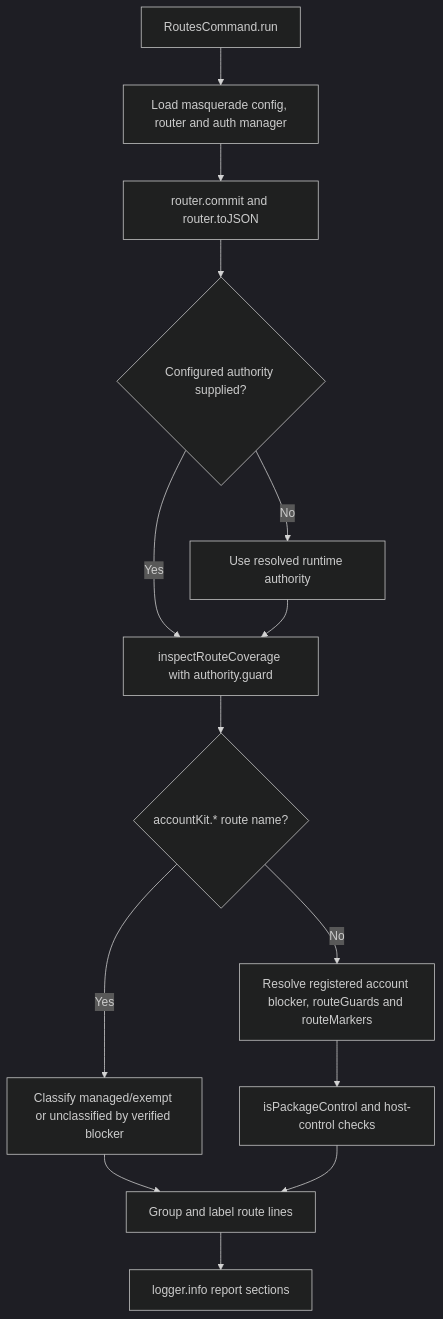
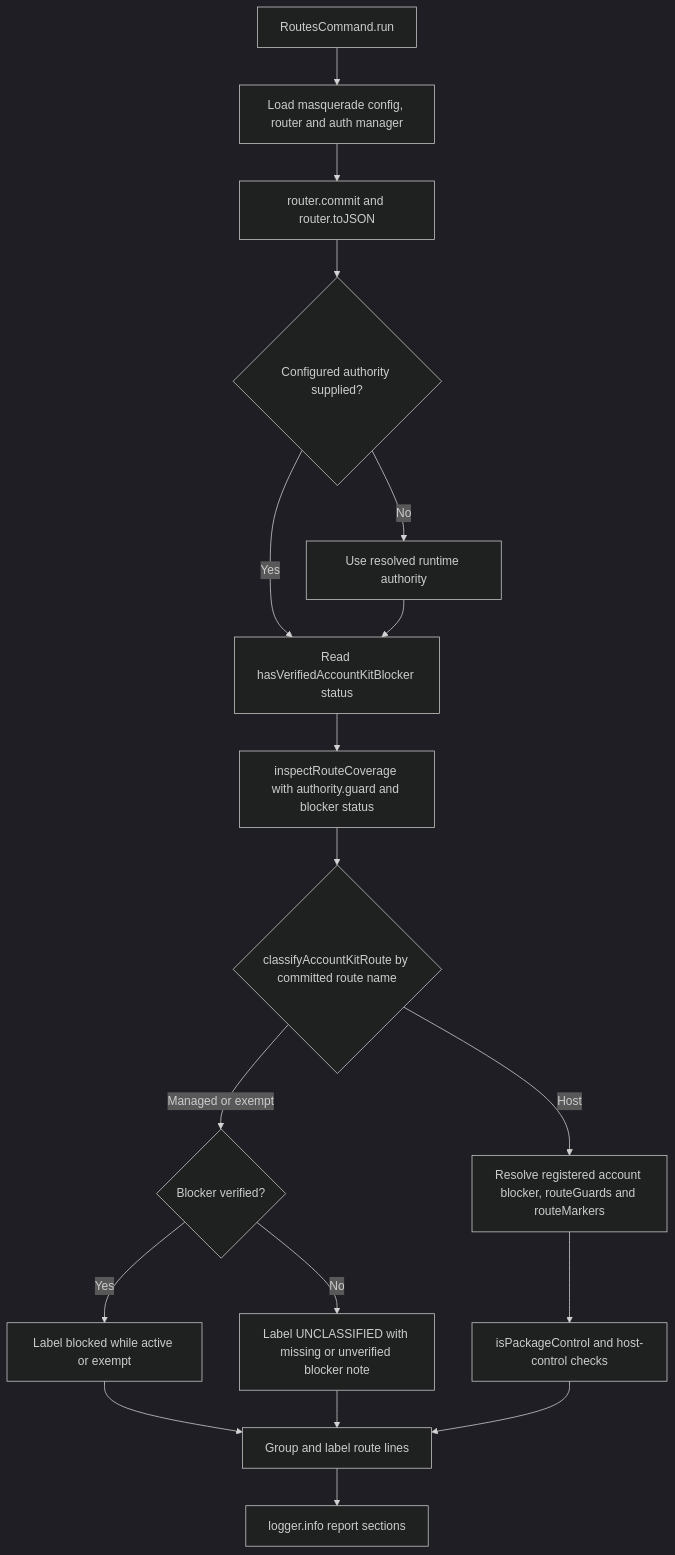
One commit to Kevinjohn/oss-adonisjs-masquerade changed the second of 2 diagrams in user-stories/review-routes/us-ops-02-review-routes.md. Above: the diagram before and after it, drawn with Mermaid (dark theme). The commit also changed other lines of this file and 5 other files, not shown here.

Commit message:
Share Account Kit managed route classification

````diff
--- a/user-stories/review-routes/us-ops-02-review-routes.md
+++ b/user-stories/review-routes/us-ops-02-review-routes.md
@@ -33,16 +34,20 @@
 ```mermaid
 flowchart TD
     A["RoutesCommand.run"] --> B["Load masquerade config, router and auth manager"]
     B --> C["router.commit and router.toJSON"]
     C --> A2{"Configured authority supplied?"}
-    A2 -->|Yes| D["inspectRouteCoverage with authority.guard"]
+    A2 -->|Yes| S["Read hasVerifiedAccountKitBlocker status"]
     A2 -->|No| R["Use resolved runtime authority"]
-    R --> D
-    D --> Q{"accountKit.* route name?"}
-    Q -->|Yes| X["Classify managed/exempt or unclassified by verified blocker"]
-    Q -->|No| E["Resolve registered account blocker, routeGuards and routeMarkers"]
+    R --> S
+    S --> D["inspectRouteCoverage with authority.guard and blocker status"]
+    D --> Q{"classifyAccountKitRoute by committed route name"}
+    Q -->|Managed or exempt| V{"Blocker verified?"}
+    V -->|Yes| X["Label blocked while active or exempt"]
+    V -->|No| U["Label UNCLASSIFIED with missing or unverified blocker note"]
+    Q -->|Host| E["Resolve registered account blocker, routeGuards and routeMarkers"]
     E --> F["isPackageControl and host-control checks"]
     X --> G["Group and label route lines"]
+    U --> G
     F --> G
     G --> H["logger.info report sections"]
 ```
````
